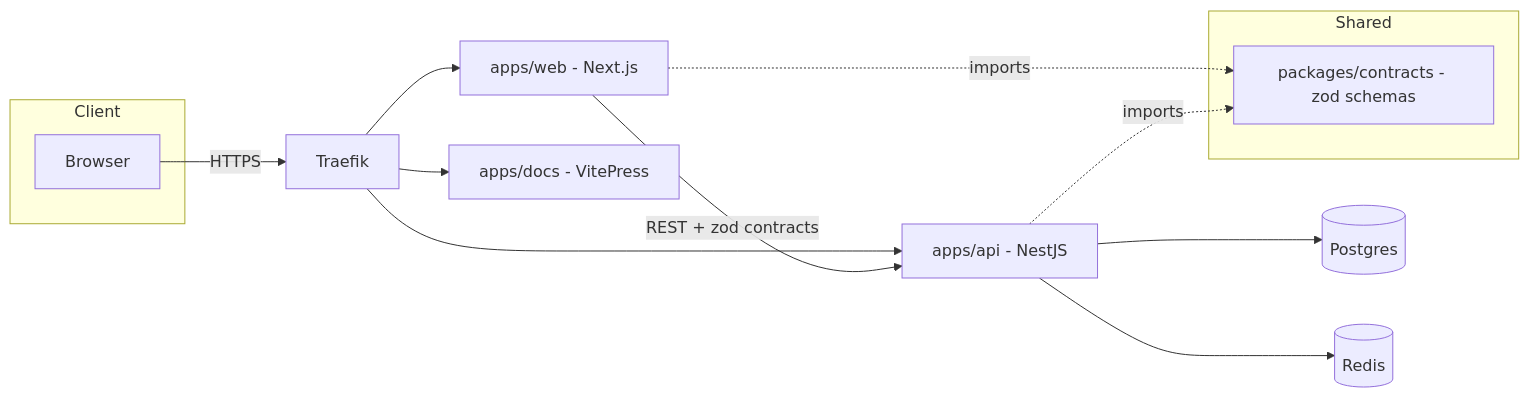
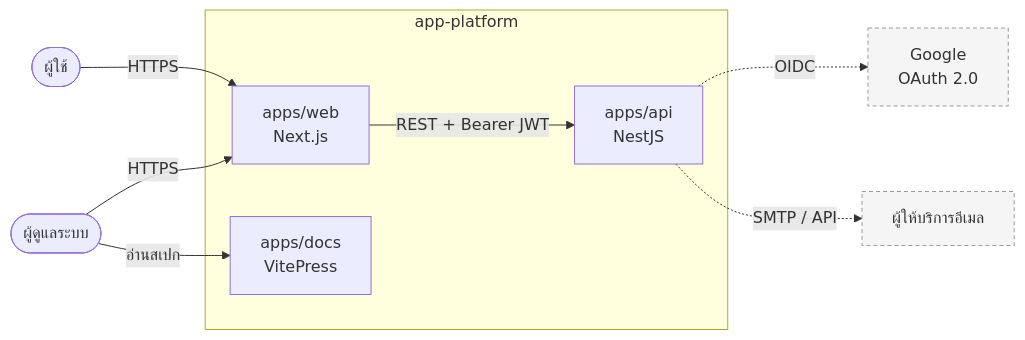
The first of 3 diagrams in apps/docs/architecture/overview.md (bk-engineering/app-platform), drawn with Mermaid before and after one commit. The commit also changed other lines of this file and 116 other files, not shown here.

````diff
--- a/apps/docs/architecture/overview.md
+++ b/apps/docs/architecture/overview.md
@@ -3,22 +14,23 @@
 ```mermaid
 flowchart LR
-  subgraph Client
-    Browser
+  User(["ผู้ใช้"])
+  Admin(["ผู้ดูแลระบบ"])
+  Google["Google<br/>OAuth 2.0"]
+  Mail["ผู้ให้บริการอีเมล"]
+
+  subgraph Platform["app-platform"]
+    Web["apps/web<br/>Next.js"]
+    Api["apps/api<br/>NestJS"]
+    Docs["apps/docs<br/>VitePress"]
   end
 
-  Browser -->|HTTPS| Traefik
-  Traefik --> Web[apps/web - Next.js]
-  Traefik --> Api[apps/api - NestJS]
-  Traefik --> Docs[apps/docs - VitePress]
+  User -->|HTTPS| Web
+  Admin -->|HTTPS| Web
+  Web -->|REST + Bearer JWT| Api
+  Api -.->|OIDC| Google
+  Api -.->|SMTP / API| Mail
+  Admin -->|อ่านสเปก| Docs
 
-  Web -->|REST + zod contracts| Api
-  Api --> Postgres[(Postgres)]
-  Api --> Redis[(Redis)]
-
-  subgraph Shared
-    Contracts[packages/contracts - zod schemas]
-  end
-
-  Web -.imports.-> Contracts
-  Api -.imports.-> Contracts
+  classDef ext fill:#f5f5f5,stroke:#999,stroke-dasharray:4 3
+  class Google,Mail ext
 ```
````
